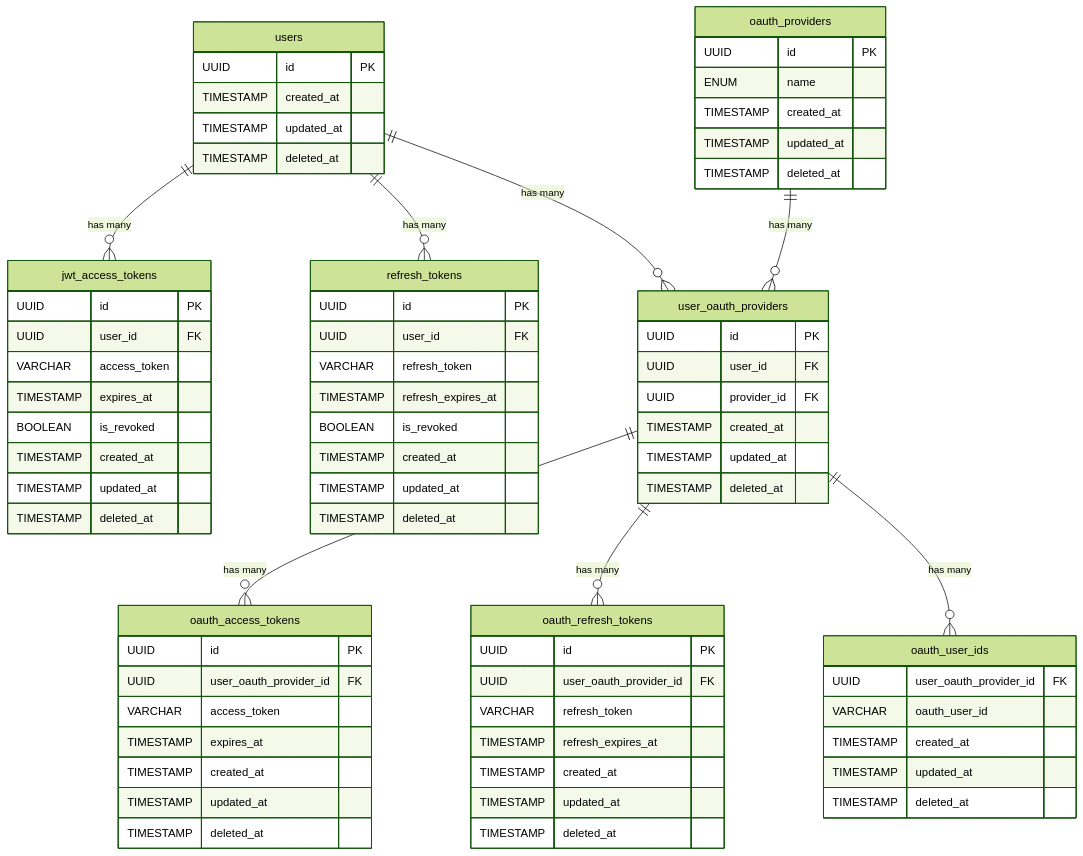
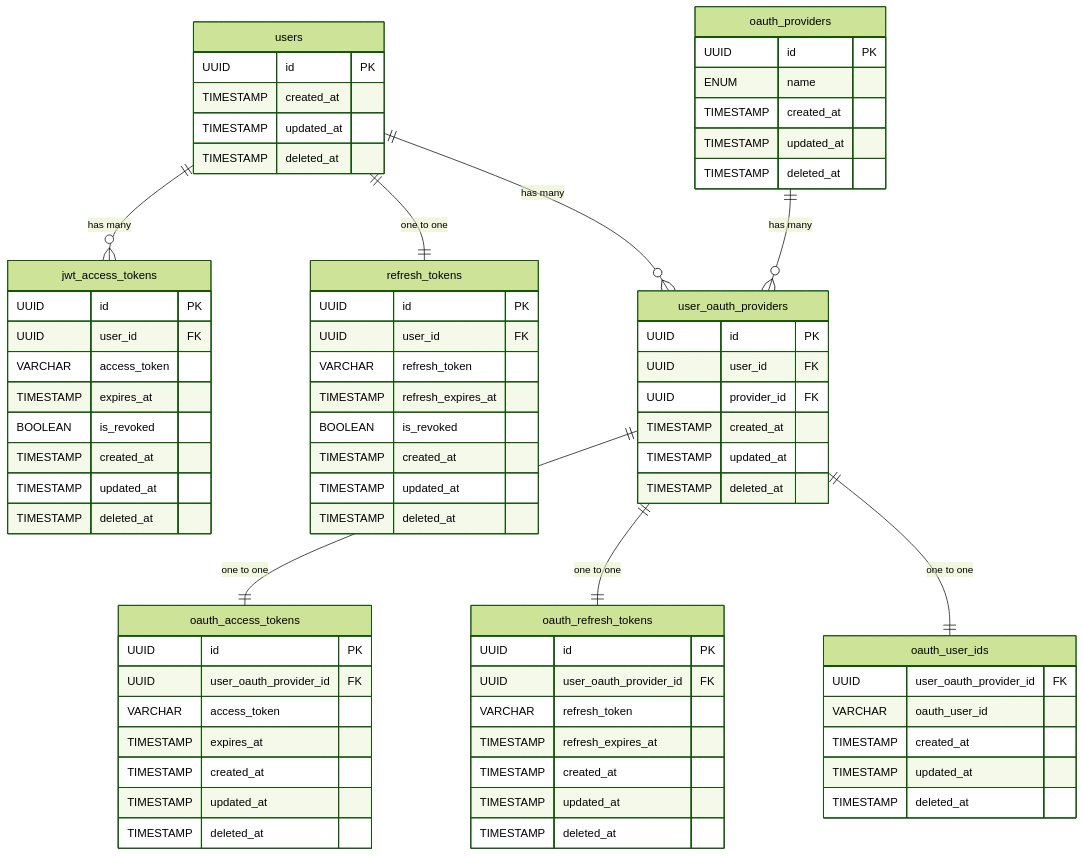
One commit to sg3t41/ses-ex changed the diagram in docs/基本設計/データベース設計.md. Above: the diagram before and after it, drawn with Mermaid (forest theme).

````diff
--- a/docs/基本設計/データベース設計.md
+++ b/docs/基本設計/データベース設計.md
@@ -80,12 +80,12 @@
 
     %% Relationships
     users ||--o{ jwt_access_tokens : "has many"
-    users ||--o{ refresh_tokens : "has many"
+    users ||--|| refresh_tokens : "one to one"
     users ||--o{ user_oauth_providers : "has many"
     oauth_providers ||--o{ user_oauth_providers : "has many"
-    user_oauth_providers ||--o{ oauth_access_tokens : "has many"
-    user_oauth_providers ||--o{ oauth_refresh_tokens : "has many"
-    user_oauth_providers ||--o{ oauth_user_ids : "has many"
+    user_oauth_providers ||--|| oauth_access_tokens : "one to one"
+    user_oauth_providers ||--|| oauth_refresh_tokens : "one to one"
+    user_oauth_providers ||--|| oauth_user_ids : "one to one"
 
 
 ```
````
